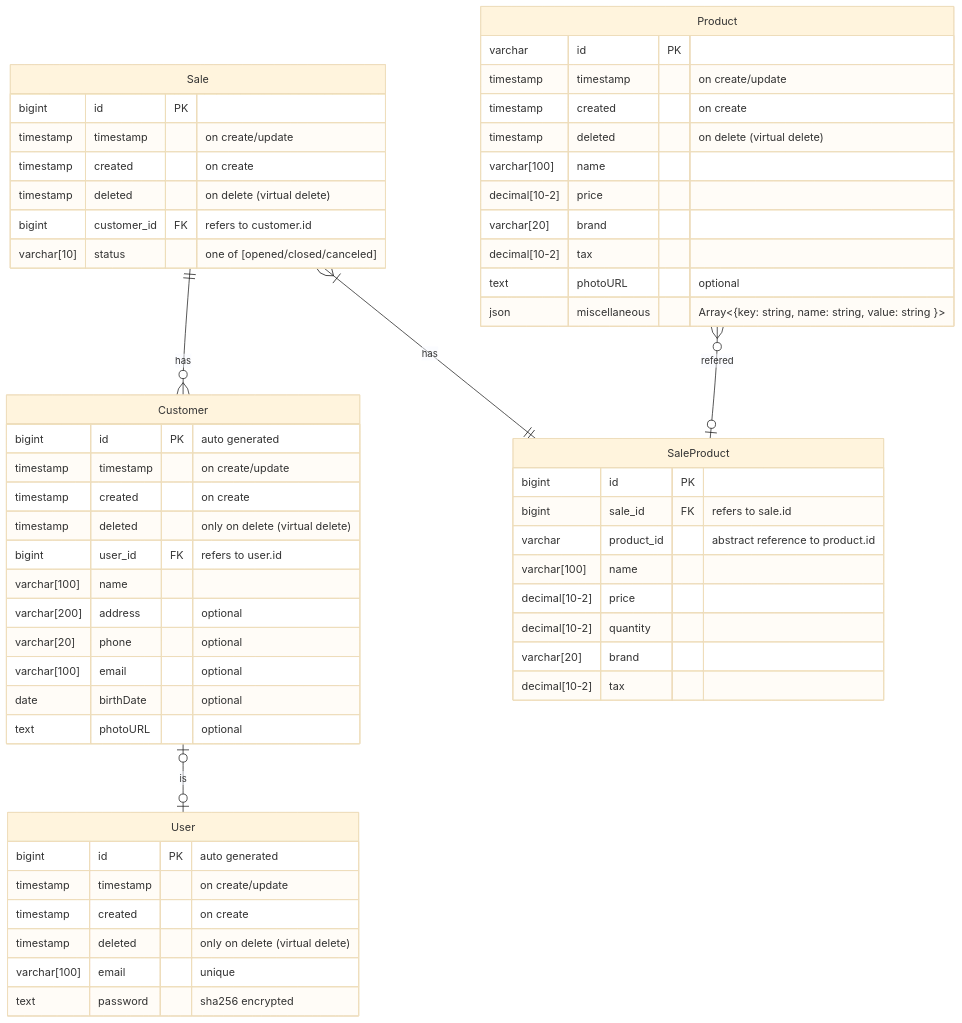
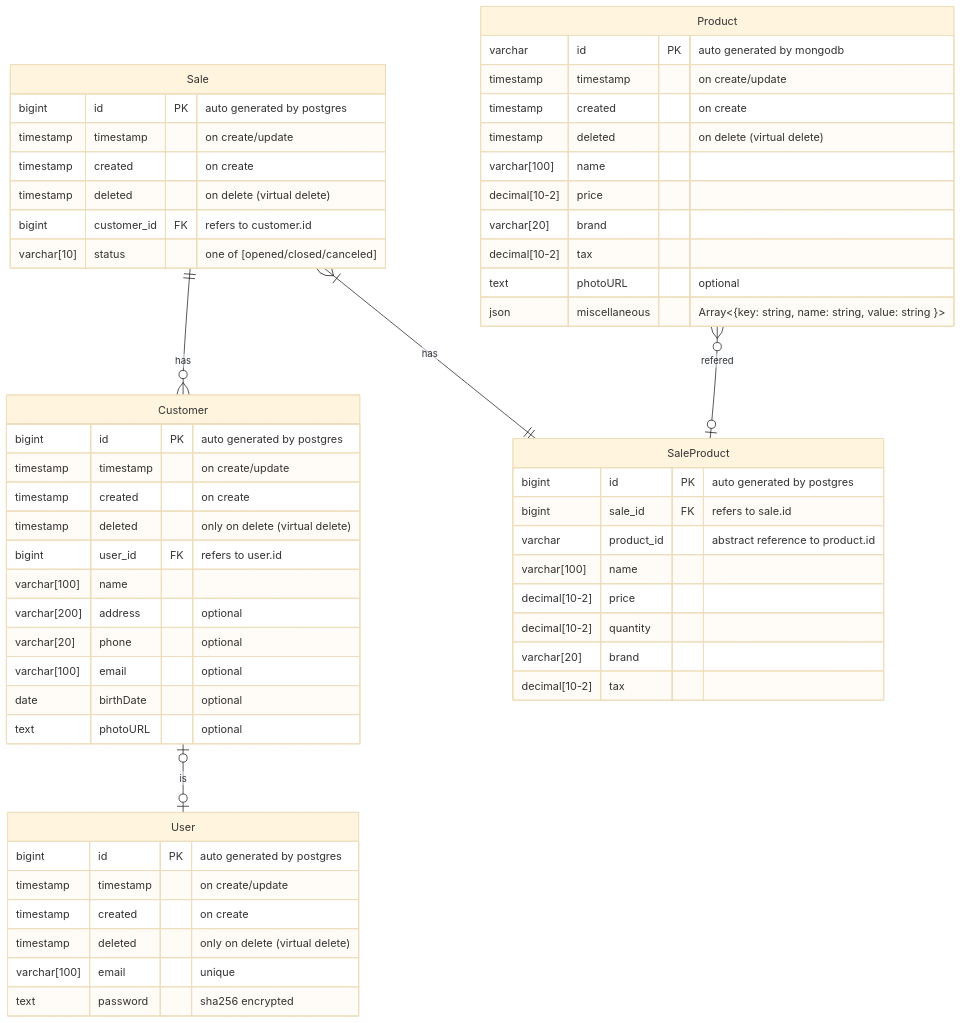
The diagram in README.mdx (RegislaineRegis/inovia-backend-1), drawn with Mermaid (base theme) before and after one commit.

Commit message:
chore: ensure comments on mermaid

````diff
--- a/README.mdx
+++ b/README.mdx
@@ -29,58 +29,58 @@
 ```mermaid
 erDiagram
   Customer |o--o| User: is
   Sale }|--|| SaleProduct: has
   Sale ||--o{ Customer: has
   Product }o--o| SaleProduct: "refered"
   User {
-    bigint       id PK     "auto generated"
-    timestamp    timestamp "on create/update"
-    timestamp    created   "on create"
-    timestamp    deleted   "only on delete (virtual delete)"
-    varchar[100] email     "unique"
-    text         password  "sha256 encrypted"
+    bigint       id        PK "auto generated by postgres"
+    timestamp    timestamp    "on create/update"
+    timestamp    created      "on create"
+    timestamp    deleted      "only on delete (virtual delete)"
+    varchar[100] email        "unique"
+    text         password     "sha256 encrypted"
   }
   Customer {
-    bigint       id        PK "auto generated"
+    bigint       id        PK "auto generated by postgres"
     timestamp    timestamp    "on create/update"
     timestamp    created      "on create"
     timestamp    deleted      "only on delete (virtual delete)"
     bigint       user_id   FK "refers to user.id"
     varchar[100] name
     varchar[200] address      "optional"
     varchar[20]  phone        "optional"
     varchar[100] email        "optional"
     date         birthDate    "optional"
     text         photoURL     "optional"
   }
   Product {
-    varchar       id            PK
+    varchar       id            PK "auto generated by mongodb"
     timestamp     timestamp        "on create/update"
     timestamp     created          "on create"
     timestamp     deleted          "on delete (virtual delete)"
     varchar[100]  name
     decimal[10-2] price
     varchar[20]   brand
     decimal[10-2] tax
     text          photoURL         "optional"
     json          miscellaneous    "Array<{key: string, name: string, value: string }>"
   }
   Sale {
-    bigint      id          PK
+    bigint      id          PK "auto generated by postgres"
     timestamp   timestamp      "on create/update"
     timestamp   created        "on create"
     timestamp   deleted        "on delete (virtual delete)"
     bigint      customer_id FK "refers to customer.id"
     varchar[10] status         "one of [opened/closed/canceled]"
   }
   SaleProduct {
-    bigint        id         PK
+    bigint        id         PK "auto generated by postgres"
     bigint        sale_id    FK "refers to sale.id"
     varchar       product_id    "abstract reference to product.id"
     varchar[100]  name
     decimal[10-2] price
     decimal[10-2] quantity
     varchar[20]   brand
     decimal[10-2] tax
   }
 ```
````
